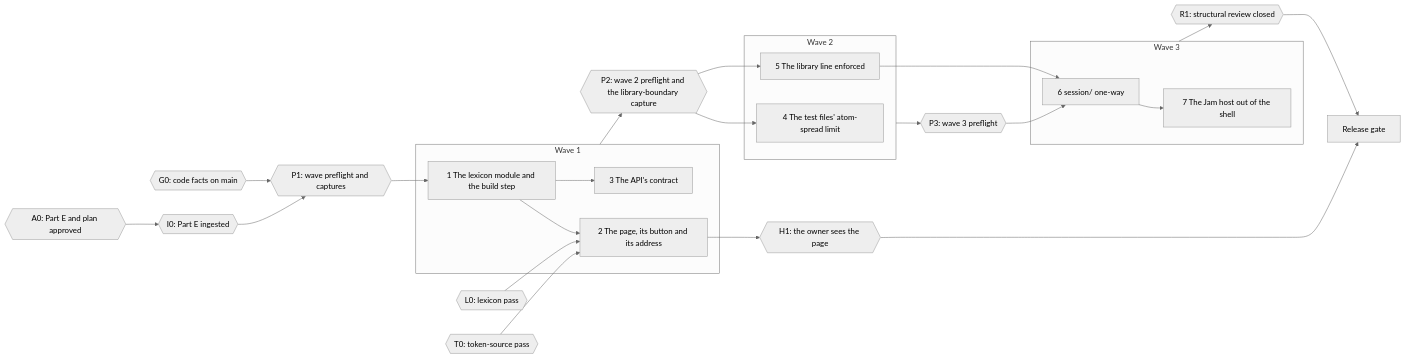
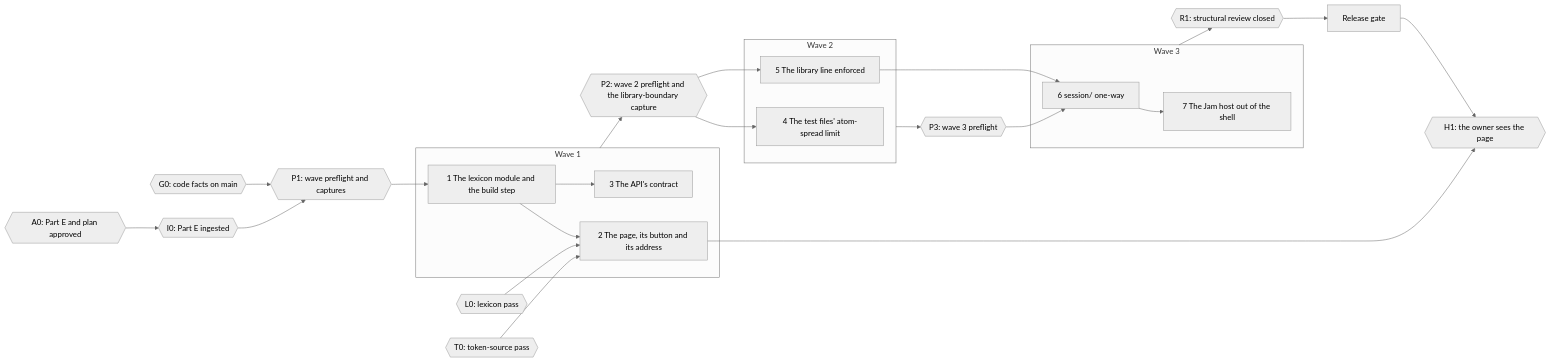
Before and after one commit to kluthen/infinite-flow: the diagram in specs/versions/v3/build-plan-v3.4.md, drawn with Mermaid (neutral theme). The commit also changed other lines of this file and 4 other files, not shown here.

````diff
--- a/specs/versions/v3/build-plan-v3.4.md
+++ b/specs/versions/v3/build-plan-v3.4.md
@@ -97,45 +96,45 @@
 ```mermaid
 flowchart LR
   A0{{A0: Part E and plan approved}}
   G0{{G0: code facts on main}}
   L0{{L0: lexicon pass}}
   T0{{T0: token-source pass}}
   I0{{I0: Part E ingested}}
   P1{{P1: wave preflight and captures}}
   H1{{H1: the owner sees the page}}
   R1{{R1: structural review closed}}
   P2{{P2: wave 2 preflight and the library-boundary capture}}
   P3{{P3: wave 3 preflight}}
   subgraph W1[Wave 1]
     C1[1 The lexicon module and the build step]
     C2[2 The page, its button and its address]
     C3[3 The API's contract]
   end
   subgraph W2[Wave 2]
     C4[4 The test files' atom-spread limit]
     C5[5 The library line enforced]
   end
   subgraph W3[Wave 3]
     C6[6 session/ one-way]
     C7[7 The Jam host out of the shell]
   end
   RG[Release gate]
   A0 --> I0 --> P1
   G0 --> P1
   P1 --> C1
   C1 --> C2
   C1 --> C3
   L0 --> C2
   T0 --> C2
   W1 --> P2
   P2 --> C4
   P2 --> C5
   W2 --> P3
   C5 --> C6
   P3 --> C6
   C6 --> C7
   W3 --> R1
   C2 --> H1
-  H1 --> RG
   R1 --> RG
+  RG --> H1
 ```
````
